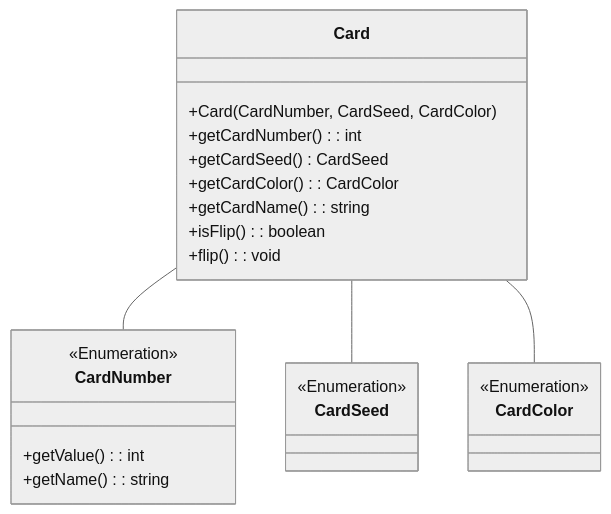
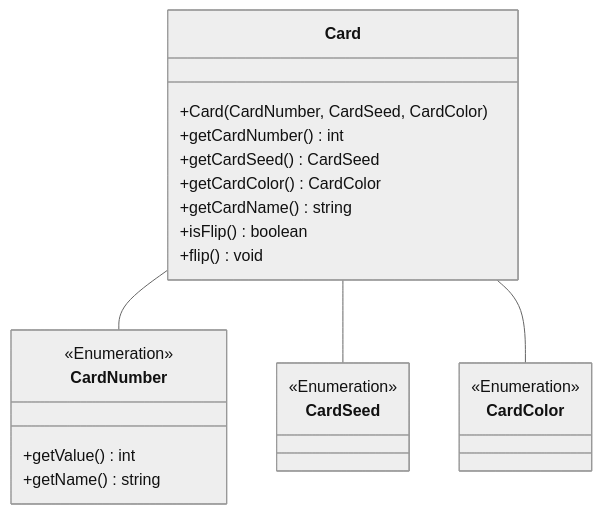
One commit to MatteoCalvanico/pss23-Calvanico-Monti-Ghinelli-VirtualCasino changed the fourth of 6 diagrams in Relazione.md. Above: the diagram before and after it, drawn with Mermaid (neutral theme). The commit also changed other lines of this file, not shown here.

````diff
--- a/Relazione.md
+++ b/Relazione.md
@@ -211,28 +211,28 @@
 ```mermaid
 classDiagram
 class Card {
     +Card(CardNumber, CardSeed, CardColor)
-    +getCardNumber(): int
+    +getCardNumber() int
     +getCardSeed() CardSeed
-    +getCardColor(): CardColor
-    +getCardName(): string
-    +isFlip(): boolean
-    +flip(): void
+    +getCardColor() CardColor
+    +getCardName() string
+    +isFlip() boolean
+    +flip() void
 }
 
 class CardNumber{
-    +getValue(): int
-    +getName(): string
+    +getValue() int
+    +getName() string
 }
 <<Enumeration>> CardNumber
 
 class CardSeed
 <<Enumeration>> CardSeed
 
 class CardColor
 <<Enumeration>> CardColor
 
 Card -- CardNumber
 Card -- CardSeed
 Card -- CardColor
 ```
````
